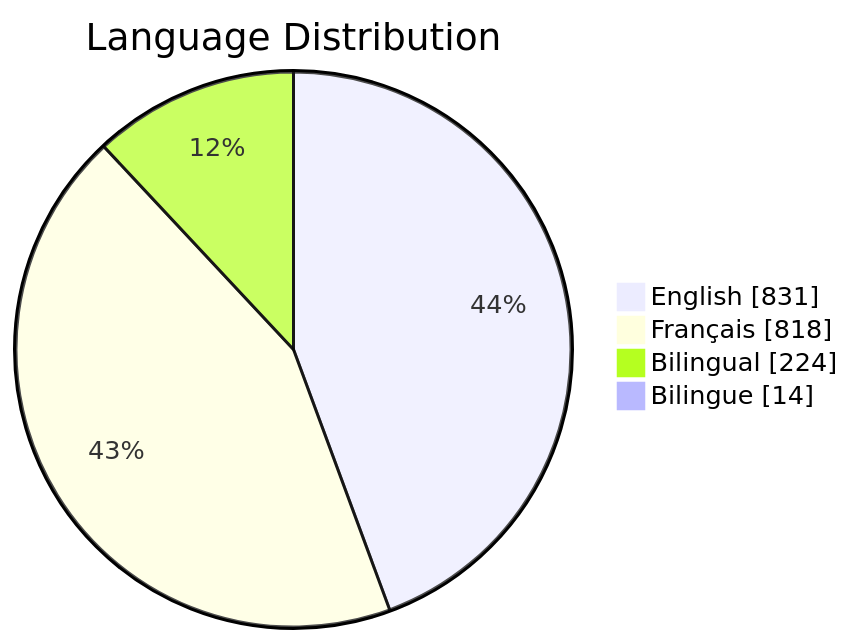
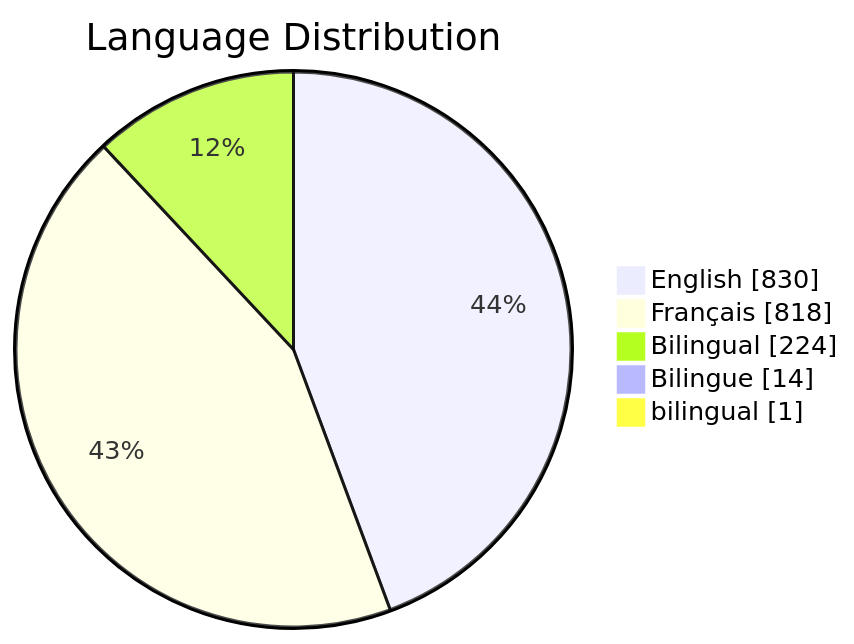
One commit to PatLittle/GC-Socials changed the third of 6 diagrams in README.md. Above: the diagram before and after it, drawn with Mermaid. The commit also changed other lines of this file, not shown here.

Commit message:
Update README with Platform Distribution pie chart

````diff
--- a/README.md
+++ b/README.md
@@ -65,7 +66,8 @@
 ```mermaid
 pie showData title Language Distribution
-    "English": 831
+    "English": 830
     "Français": 818
     "Bilingual": 224
     "Bilingue": 14
+    "bilingual": 1
 ```
````
